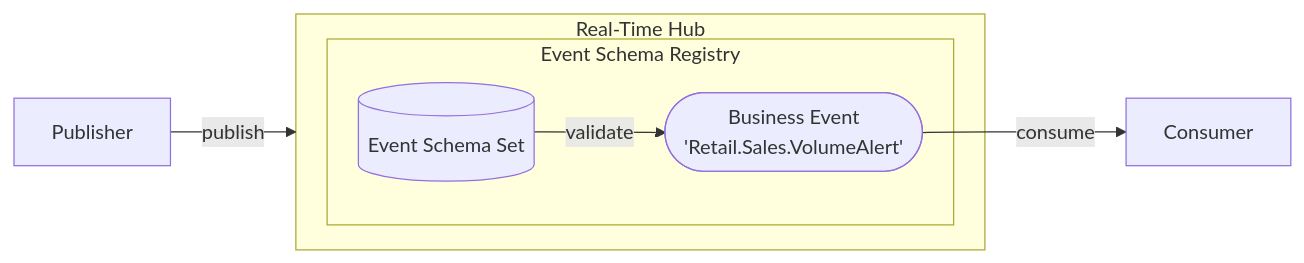
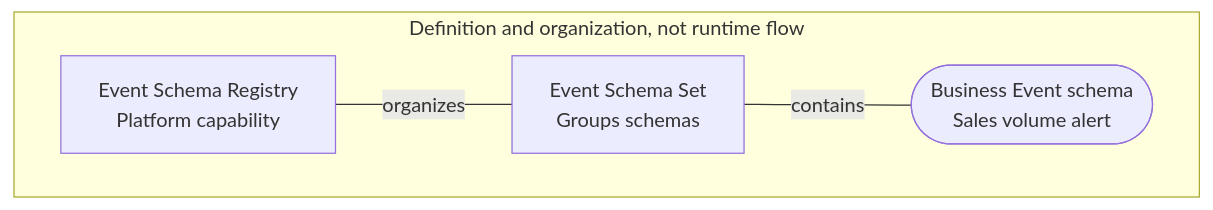
One commit to microsoft/fabric-events changed the second of 3 diagrams in docs/business-events/introduction/architecture-overview.md. Above: the diagram before and after it, drawn with Mermaid. The commit also changed other lines of this file and 15 other files, not shown here.

````diff
--- a/docs/business-events/introduction/architecture-overview.md
+++ b/docs/business-events/introduction/architecture-overview.md
@@ -44,11 +48,10 @@
 ```mermaid
-flowchart LR
-    PUB[Publisher] -->|publish| RTH
-    subgraph RTH[Real-Time Hub]
-        subgraph ESR[Event Schema Registry]
-            SS[(Event Schema Set)]
-            SS -->|validate| BE([Business Event\n'Retail.Sales.VolumeAlert'])
-        end
+flowchart TB
+    subgraph Definition["Definition and organization, not runtime flow"]
+        ESR["Event Schema Registry<br/>Platform capability"]
+        SS["Event Schema Set<br/>Groups schemas"]
+        BE(["Business Event schema<br/>Sales volume alert"])
+        ESR ---|organizes| SS
+        SS ---|contains| BE
     end
-    BE -->|consume| CON[Consumer]
 ```
````
